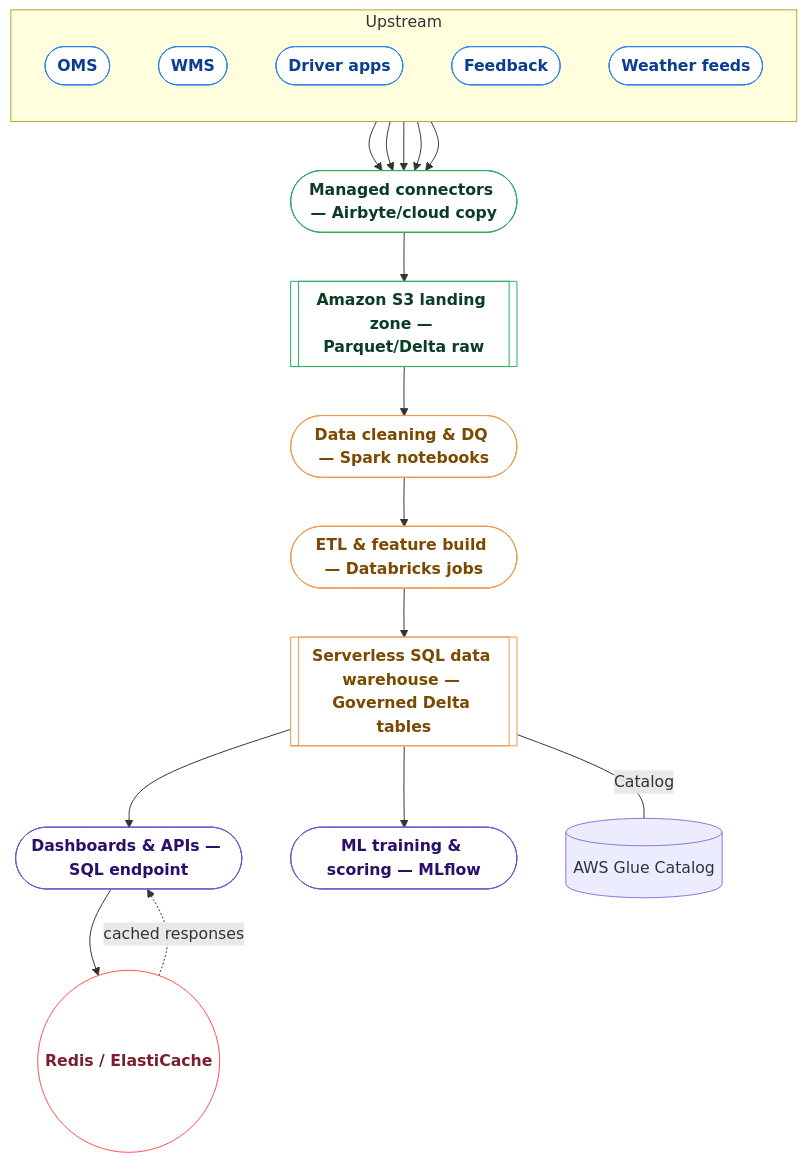
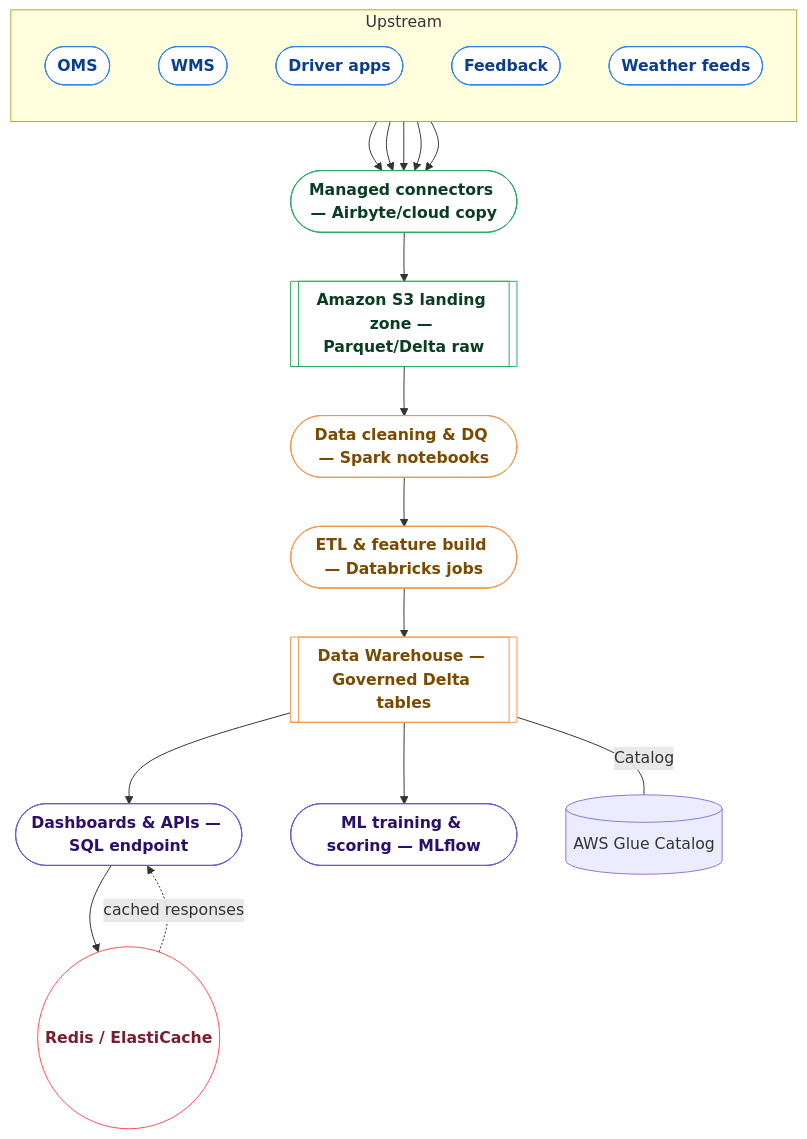
Before and after one commit to dinkarkumardk/3rdAssignment: the first of 3 diagrams in SCALABILITY_AND_DATA_PLATFORM_STRATEGY.md, drawn with Mermaid. The commit also changed other lines of this file, not shown here.

````diff
--- a/SCALABILITY_AND_DATA_PLATFORM_STRATEGY.md
+++ b/SCALABILITY_AND_DATA_PLATFORM_STRATEGY.md
@@ -31,47 +31,47 @@
 ```mermaid
 flowchart TB
 	%% High-contrast, simple coloring for readability in narrow views
 	classDef source fill:#ffffff,stroke:#2f80ed,stroke-width:1px,color:#0b3d91,font-weight:700;
 	classDef landing fill:#ffffff,stroke:#27ae60,stroke-width:1px,color:#0a3d24,font-weight:700;
 	classDef processing fill:#ffffff,stroke:#f2994a,stroke-width:1px,color:#7a4a00,font-weight:700;
 	classDef serving fill:#ffffff,stroke:#6a5acd,stroke-width:1px,color:#2b0f6b,font-weight:700;
 	classDef cache fill:#ffffff,stroke:#ff4d4f,stroke-width:1px,color:#7a1f30,font-weight:700;
 
 	subgraph Upstream
 		direction TB
 		OMS([OMS])
 		WMS([WMS])
 		Driver([Driver apps])
 		Feedback([Feedback])
 		Weather([Weather feeds])
 	end
 
 	Ingest([Managed connectors — Airbyte/cloud copy])
 	LandingNode[[Amazon S3 landing zone — Parquet/Delta raw]]
 	Cleaning([Data cleaning & DQ — Spark notebooks])
 	ETL([ETL & feature build — Databricks jobs])
-	DataWarehouseNode[[Serverless SQL data warehouse — Governed Delta tables]]
+	DataWarehouseNode[[Data Warehouse — Governed Delta tables]]
 	Dashboards([Dashboards & APIs — SQL endpoint])
 	ML([ML training & scoring — MLflow])
 	Redis((Redis / ElastiCache))
 	Glue[(AWS Glue Catalog)]
 
 	OMS --> Ingest
 	WMS --> Ingest
 	Driver --> Ingest
 	Feedback --> Ingest
 	Weather --> Ingest
 
 	Ingest --> LandingNode --> Cleaning --> ETL --> DataWarehouseNode
 	DataWarehouseNode --> Dashboards
 	DataWarehouseNode --> ML
 	Dashboards --> Redis
 	Redis -. cached responses .-> Dashboards
 	DataWarehouseNode --- |Catalog| Glue
 
 	class OMS,WMS,Driver,Feedback,Weather source;
 	class Ingest,LandingNode landing;
 	class Cleaning,ETL,DataWarehouseNode processing;
 	class Dashboards,ML serving;
 	class Redis cache;
 ```
````
